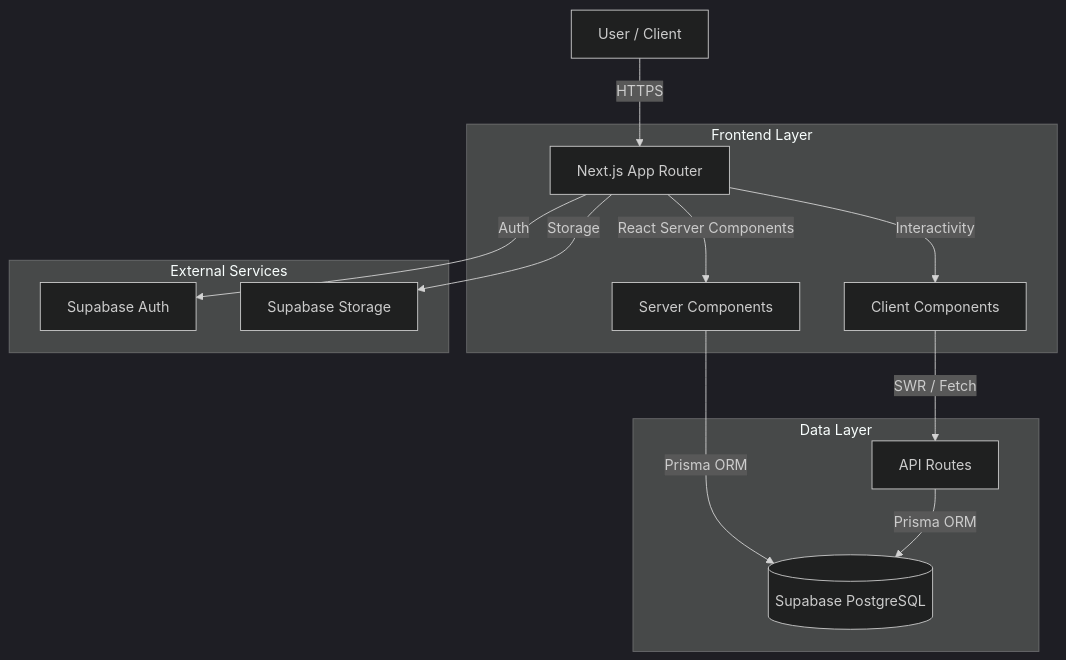
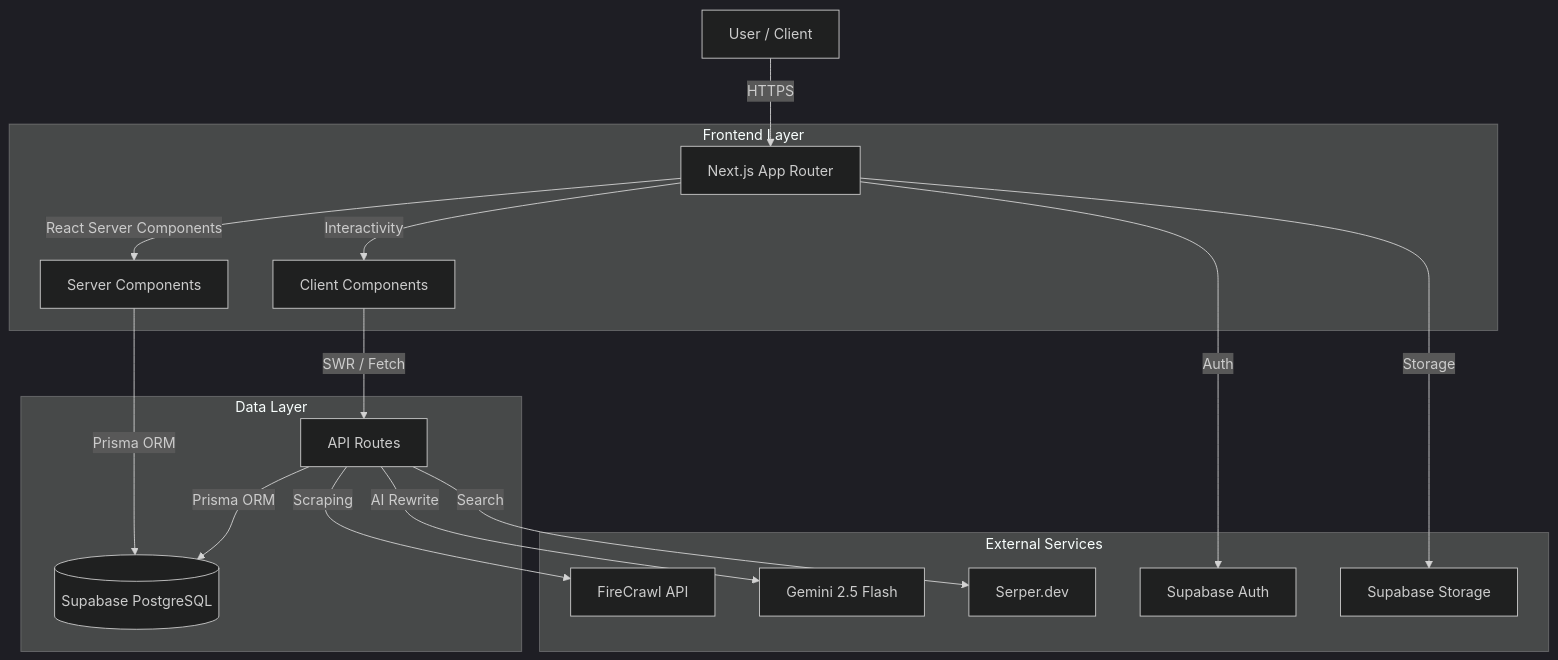
Before and after one commit to nguyenndn/thenexttrade: the diagram in docs/architecture/overview.md, drawn with Mermaid (dark theme). The commit also changed other lines of this file and 62 other files, not shown here.

Commit message:
feat(copy-trading): add DB schema, API routes, and admin management for copy trading registration

````diff
--- a/docs/architecture/overview.md
+++ b/docs/architecture/overview.md
@@ -23,20 +23,23 @@
 ```mermaid
 graph TD
     User[User / Client] -->|HTTPS| NextJS[Next.js App Router]
     
     subgraph "Frontend Layer"
         NextJS -->|React Server Components| ServerComp[Server Components]
         NextJS -->|Interactivity| ClientComp[Client Components]
     end
     
     subgraph "Data Layer"
         ServerComp -->|Prisma ORM| DB[(Supabase PostgreSQL)]
         ClientComp -->|SWR / Fetch| API[API Routes]
         API -->|Prisma ORM| DB
     end
     
     subgraph "External Services"
         NextJS -->|Auth| SupabaseAuth[Supabase Auth]
         NextJS -->|Storage| SupabaseStorage[Supabase Storage]
+        API -->|Scraping| FireCrawl[FireCrawl API]
+        API -->|AI Rewrite| Gemini[Gemini 2.5 Flash]
+        API -->|Search| Serper[Serper.dev]
     end
 ```
````
